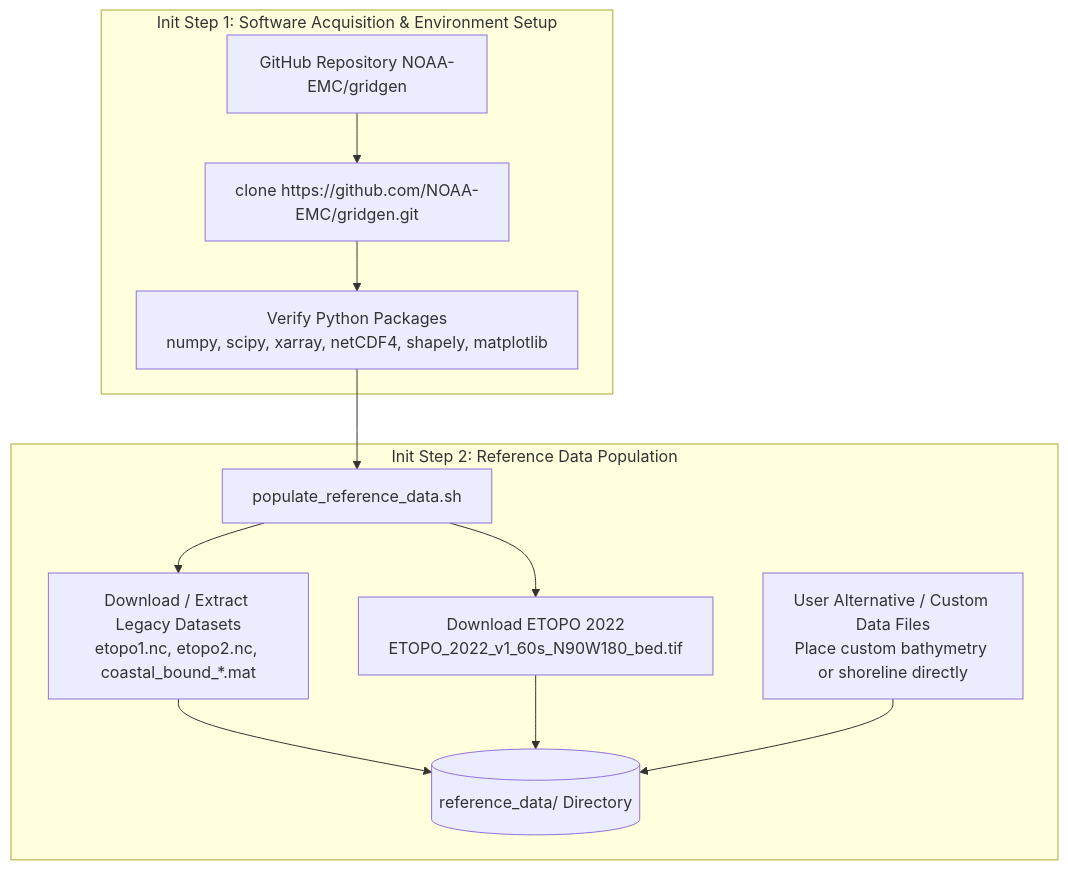
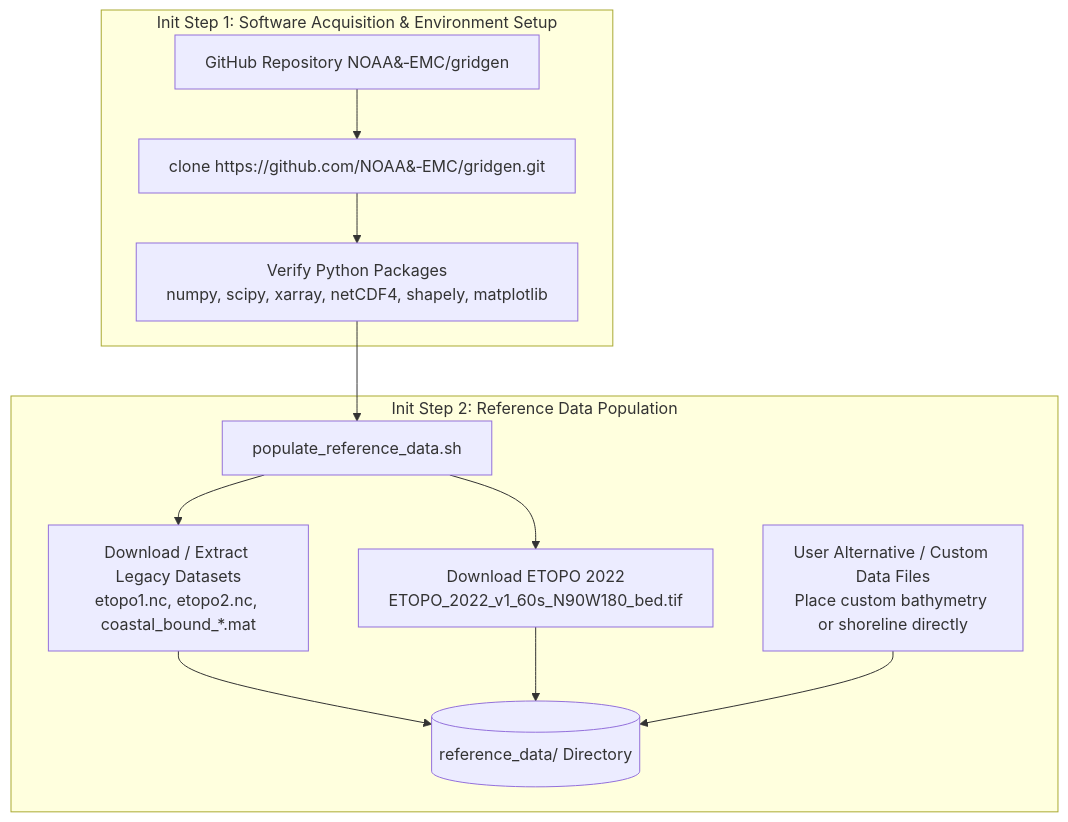
The first of 2 diagrams in ARCHITECTURE.md (HendrikTolman-NOAA/gridgen), drawn with Mermaid before and after one commit.

Commit message:
Fix GitHub repository link in architecture diagram
Replace hyphen with unbreakable hyphen

````diff
--- a/ARCHITECTURE.md
+++ b/ARCHITECTURE.md
@@ -25,19 +25,19 @@
 ```mermaid
 flowchart TD
     subgraph Init Step 1: Software Acquisition & Environment Setup
-        A0["GitHub&nbsp;Repository&nbsp;NOAA-EMC/gridgen"] --> A1["clone&nbsp;https://github.com/NOAA-EMC/gridgen.git"]
+        A0["GitHub&nbsp;Repository&nbsp;NOAA&#8209;EMC/gridgen"] --> A1["clone&nbsp;https://github.com/NOAA&#8209;EMC/gridgen.git"]
         A1 --> A2["Verify&nbsp;Python&nbsp;Packages<br/>numpy,&nbsp;scipy,&nbsp;xarray,&nbsp;netCDF4,&nbsp;shapely,&nbsp;matplotlib"]
     end
 
     subgraph Init Step 2: Reference Data Population
         B[populate_reference_data.sh]
         B --> C1[Download / Extract Legacy Datasets<br/>etopo1.nc, etopo2.nc, coastal_bound_*.mat]
         B --> C2[Download ETOPO 2022<br/>ETOPO_2022_v1_60s_N90W180_bed.tif]
         C3[User Alternative / Custom Data Files<br/>Place custom bathymetry or shoreline directly]
         C1 --> D[(reference_data/ Directory)]
         C2 --> D
         C3 --> D
     end
 
     A2 --> B
 ```
````
